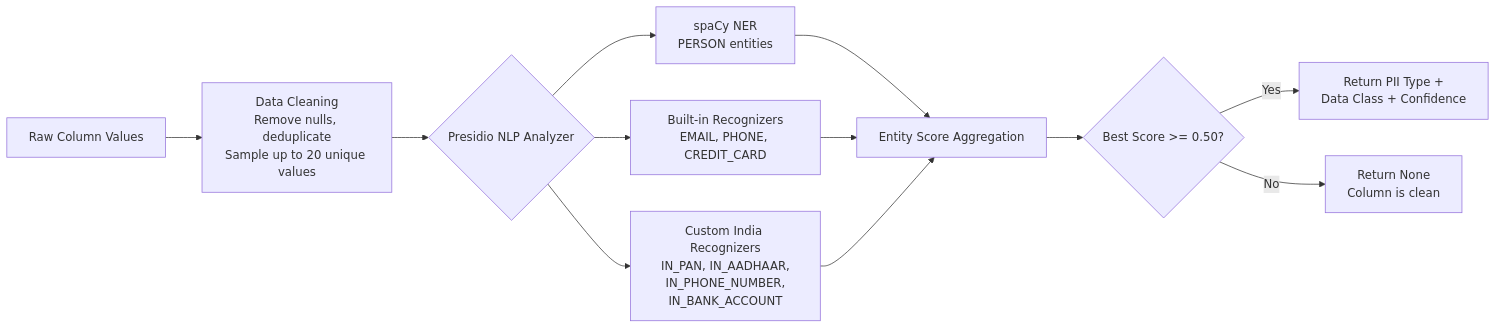
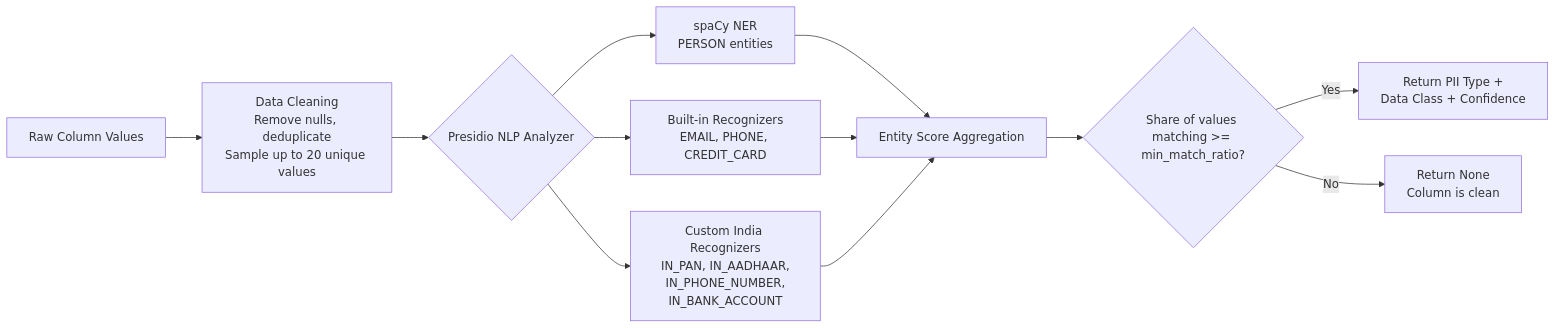
One commit to aiori-hackathon/A3-PS019-TC210 changed the third of 6 diagrams in README.md. Above: the diagram before and after it, drawn with Mermaid. The commit also changed other lines of this file, not shown here.

````diff
--- a/README.md
+++ b/README.md
@@ -402,14 +398,14 @@
 ```mermaid
 flowchart LR
     A[Raw Column Values] --> B[Data Cleaning<br/>Remove nulls, deduplicate<br/>Sample up to 20 unique values]
     B --> C{Presidio NLP Analyzer}
     C --> D[spaCy NER<br/>PERSON entities]
     C --> E[Built-in Recognizers<br/>EMAIL, PHONE, CREDIT_CARD]
     C --> F[Custom India Recognizers<br/>IN_PAN, IN_AADHAAR,<br/>IN_PHONE_NUMBER,<br/>IN_BANK_ACCOUNT]
     D --> G[Entity Score Aggregation]
     E --> G
     F --> G
-    G --> H{Best Score >= 0.50?}
+    G --> H{Share of values matching >= min_match_ratio?}
     H -->|Yes| I[Return PII Type +<br/>Data Class + Confidence]
     H -->|No| J[Return None<br/>Column is clean]
 ```
````
